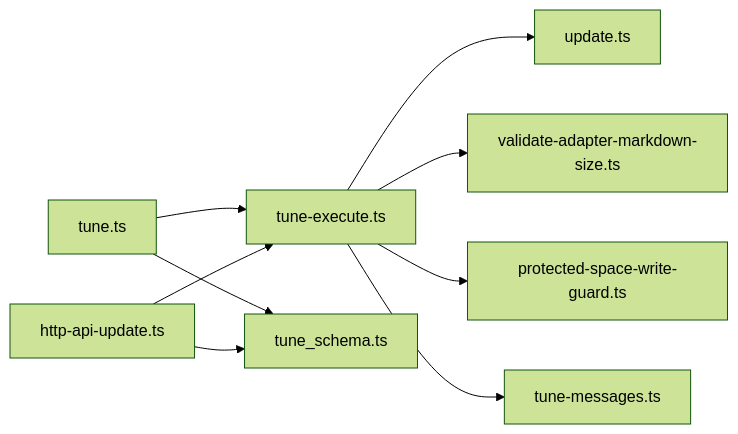
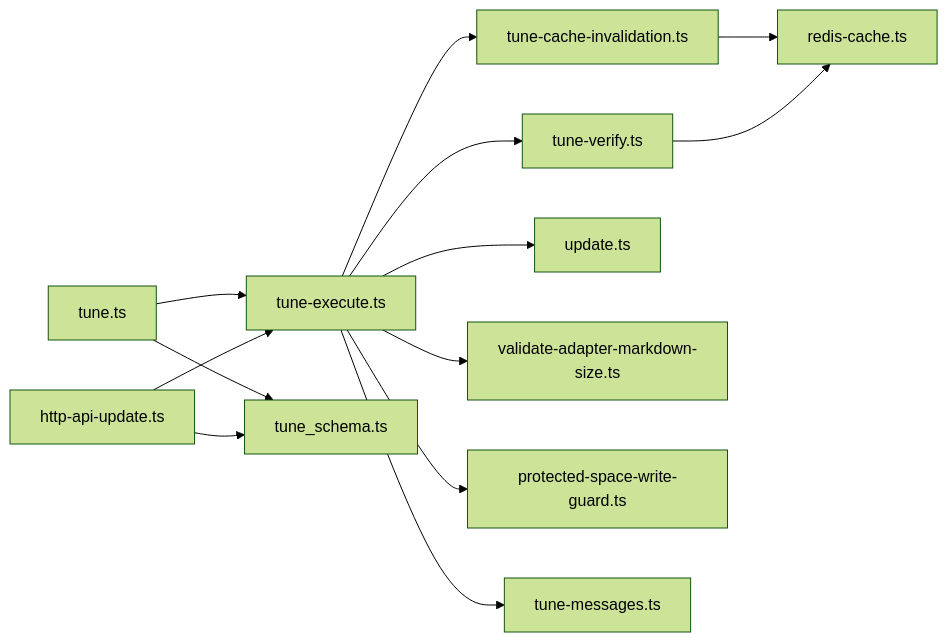
One commit to debian777/kairos-mcp changed the eighth of 8 diagrams in .qoder/repowiki/en/content/MCP Protocol Tools/Tune Tool.md. Above: the diagram before and after it, drawn with Mermaid (forest theme). The commit also changed other lines of this file and 16 other files, not shown here.

````diff
--- a/.qoder/repowiki/en/content/MCP Protocol Tools/Tune Tool.md
+++ b/.qoder/repowiki/en/content/MCP Protocol Tools/Tune Tool.md
@@ -317,11 +411,15 @@
 ```mermaid
 graph LR
 TuneTS["tune.ts"] --> TuneExecute["tune-execute.ts"]
 TuneTS --> TuneSchema["tune_schema.ts"]
+TuneExecute --> CacheInvalidation["tune-cache-invalidation.ts"]
+TuneExecute --> Verify["tune-verify.ts"]
 TuneExecute --> Update["update.ts"]
 TuneExecute --> Validate["validate-adapter-markdown-size.ts"]
 TuneExecute --> Guard["protected-space-write-guard.ts"]
 TuneExecute --> Messages["tune-messages.ts"]
+CacheInvalidation --> RedisCache["redis-cache.ts"]
+Verify --> RedisCache
 Http["http-api-update.ts"] --> TuneExecute
 Http --> TuneSchema
 ```
````
